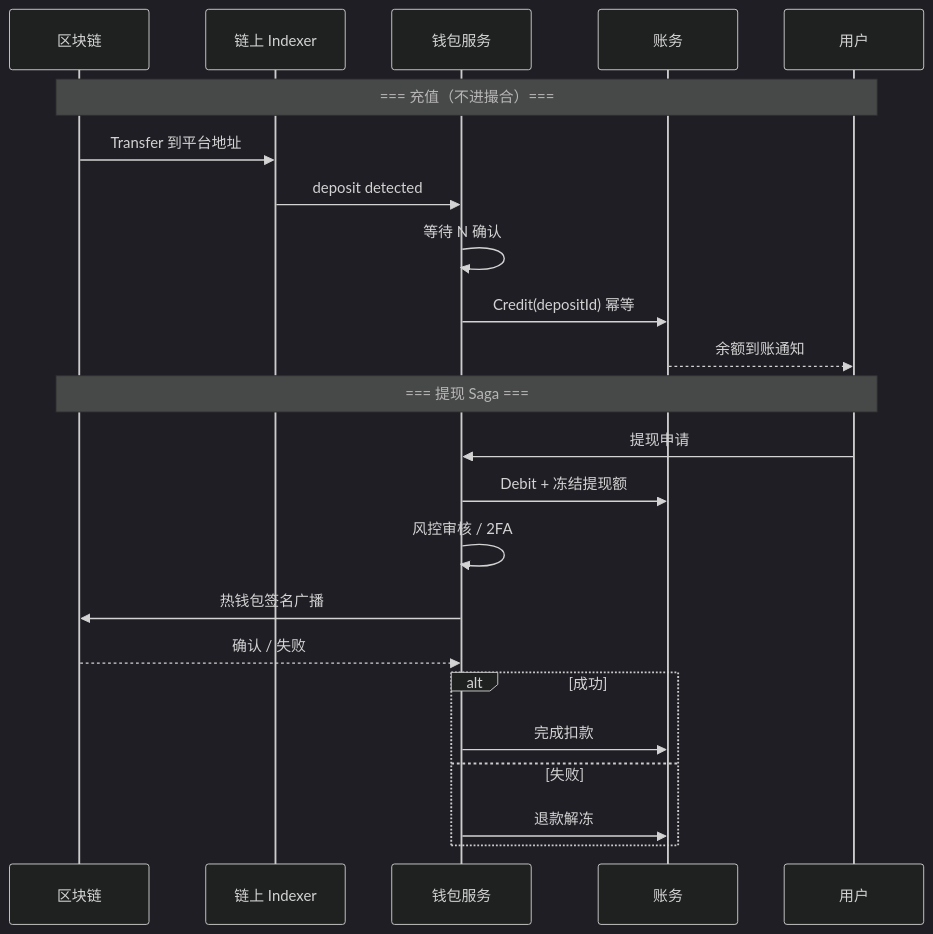
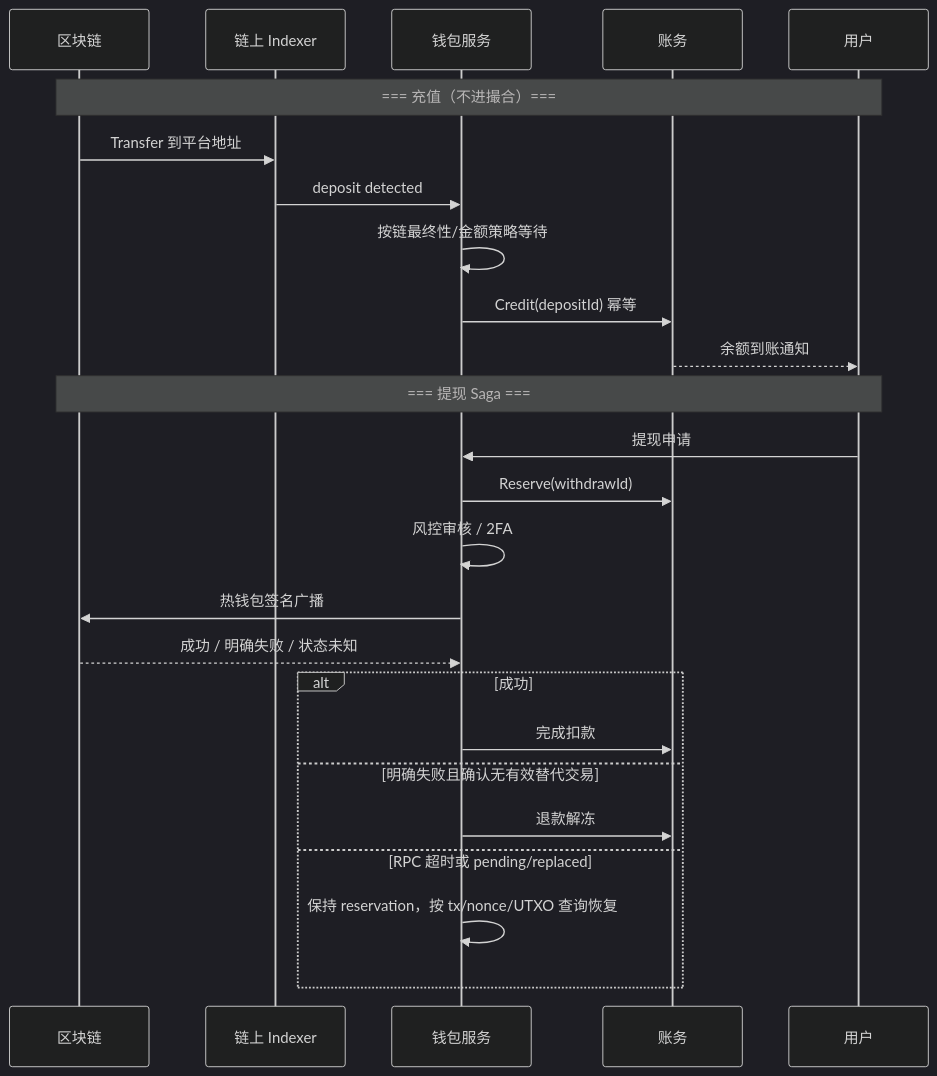
One commit to twodog-tt/Golang-development-manual changed the fourth of 6 diagrams in docs/interview/14-dex-cex-engineering/S-EXCH-13-cex-end-to-end-architecture.md. Above: the diagram before and after it, drawn with Mermaid (dark theme). The commit also changed other lines of this file and 438 other files, not shown here.

````diff
--- a/docs/interview/14-dex-cex-engineering/S-EXCH-13-cex-end-to-end-architecture.md
+++ b/docs/interview/14-dex-cex-engineering/S-EXCH-13-cex-end-to-end-architecture.md
@@ -206,27 +219,29 @@
 ```mermaid
 sequenceDiagram
   participant Chain as 区块链
   participant Idx as 链上 Indexer
   participant Wallet as 钱包服务
   participant Ledger as 账务
   participant User as 用户
 
   Note over Chain,User: === 充值（不进撮合）===
   Chain->>Idx: Transfer 到平台地址
   Idx->>Wallet: deposit detected
-  Wallet->>Wallet: 等待 N 确认
+  Wallet->>Wallet: 按链最终性/金额策略等待
   Wallet->>Ledger: Credit(depositId) 幂等
   Ledger-->>User: 余额到账通知
 
   Note over Chain,User: === 提现 Saga ===
   User->>Wallet: 提现申请
-  Wallet->>Ledger: Debit + 冻结提现额
+  Wallet->>Ledger: Reserve(withdrawId)
   Wallet->>Wallet: 风控审核 / 2FA
   Wallet->>Chain: 热钱包签名广播
-  Chain-->>Wallet: 确认 / 失败
+  Chain-->>Wallet: 成功 / 明确失败 / 状态未知
   alt 成功
     Wallet->>Ledger: 完成扣款
-  else 失败
+  else 明确失败且确认无有效替代交易
     Wallet->>Ledger: 退款解冻
+  else RPC 超时或 pending/replaced
+    Wallet->>Wallet: 保持 reservation，按 tx/nonce/UTXO 查询恢复
   end
 ```
````
